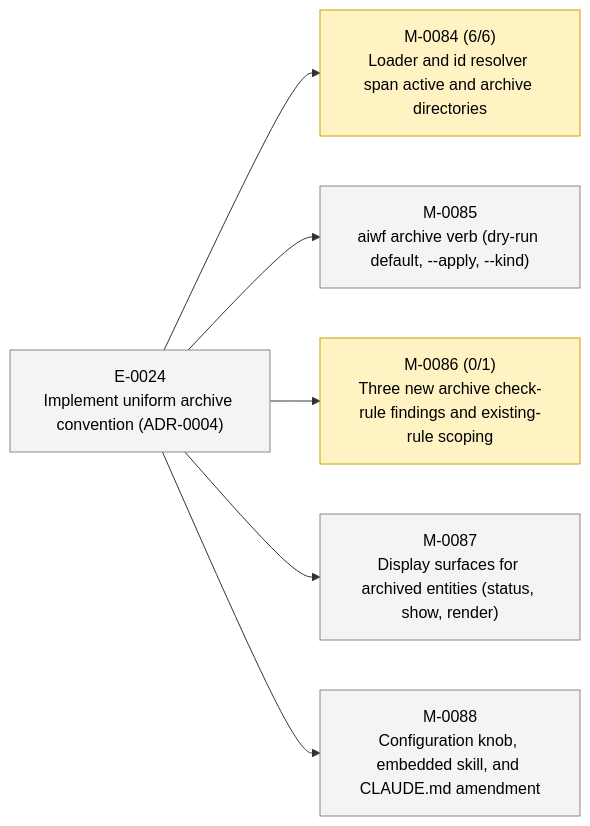
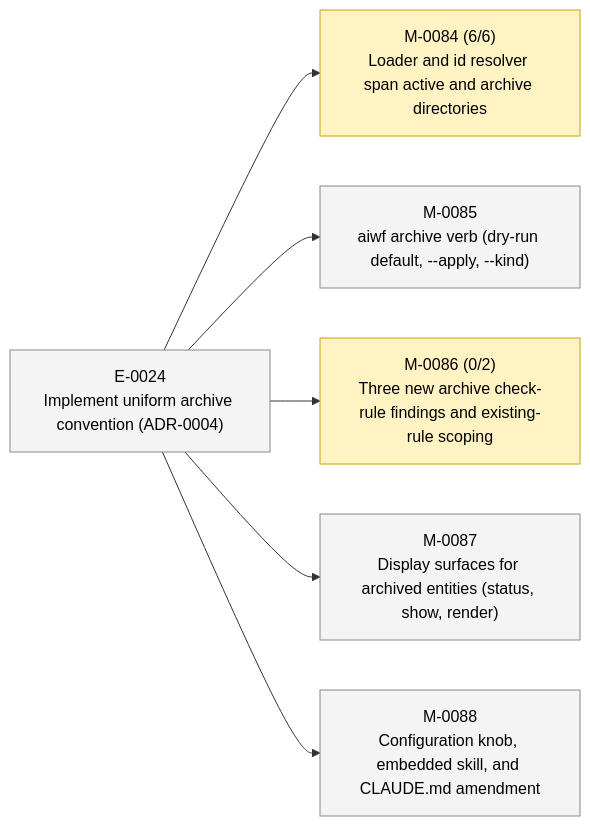
The second of 2 diagrams in STATUS.md (23min/aiwf), drawn with Mermaid before and after one commit. The commit also changed other lines of this file and 1 other file, not shown here.

````diff
--- a/STATUS.md
+++ b/STATUS.md
@@ -49,20 +49,20 @@
 ```mermaid
 flowchart LR
   E_0024["E-0024<br/>Implement uniform archive convention (ADR-0004)"]:::epic_proposed
   M_0084["M-0084 (6/6)<br/>Loader and id resolver span active and archive directories"]:::ms_in_progress
   E_0024 --> M_0084
   M_0085["M-0085<br/>aiwf archive verb (dry-run default, --apply, --kind)"]:::ms_draft
   E_0024 --> M_0085
-  M_0086["M-0086 (0/1)<br/>Three new archive check-rule findings and existing-rule scoping"]:::ms_in_progress
+  M_0086["M-0086 (0/2)<br/>Three new archive check-rule findings and existing-rule scoping"]:::ms_in_progress
   E_0024 --> M_0086
   M_0087["M-0087<br/>Display surfaces for archived entities (status, show, render)"]:::ms_draft
   E_0024 --> M_0087
   M_0088["M-0088<br/>Configuration knob, embedded skill, and CLAUDE.md amendment"]:::ms_draft
   E_0024 --> M_0088
   classDef epic_active fill:#d6eaff,stroke:#1a73e8,color:#000
   classDef epic_proposed fill:#f4f4f4,stroke:#888,color:#000
   classDef ms_done fill:#d8f5d8,stroke:#2a8a2a,color:#000
   classDef ms_in_progress fill:#fff3c4,stroke:#caa400,color:#000
   classDef ms_draft fill:#f4f4f4,stroke:#888,color:#000
   classDef ms_cancelled fill:#fbeaea,stroke:#c33,color:#000
 ```
````
